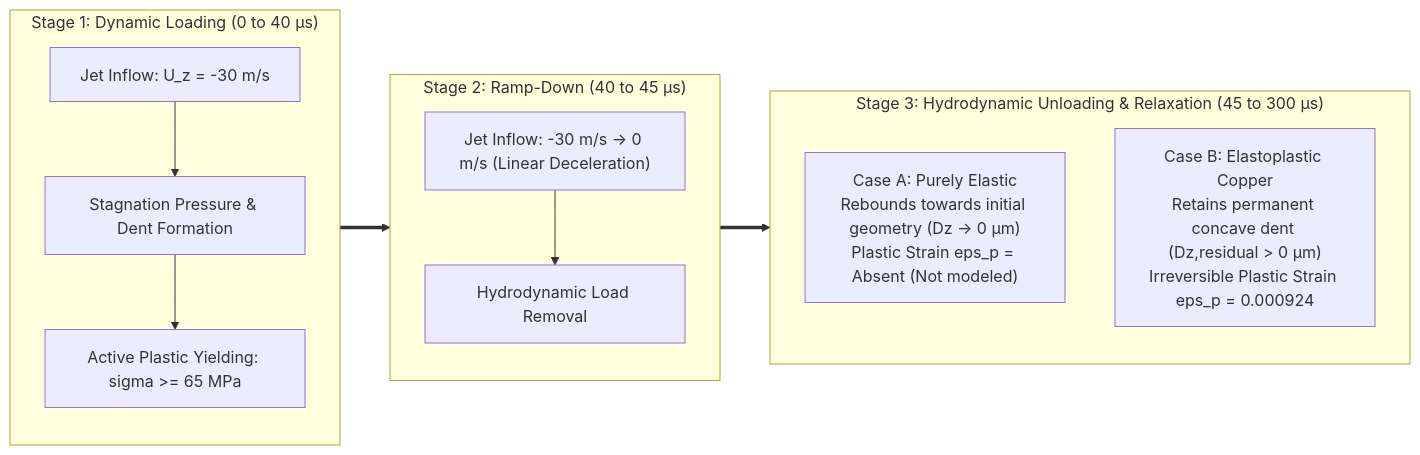
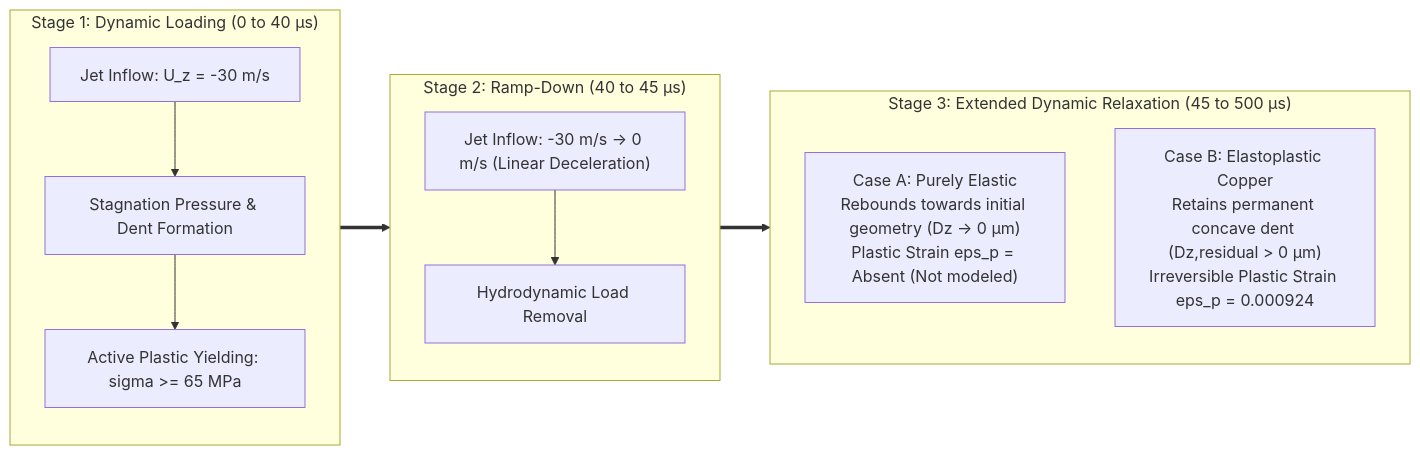
One commit to chinmay-s-patil/waterJet changed the diagram in docs/validation.md. Above: the diagram before and after it, drawn with Mermaid. The commit also changed other lines of this file and 3 other files, not shown here.

````diff
--- a/docs/validation.md
+++ b/docs/validation.md
@@ -72,25 +72,25 @@
 ```mermaid
 flowchart LR
     subgraph Stage1["Stage 1: Dynamic Loading (0 to 40 µs)"]
         direction TB
         L1["Jet Inflow: U_z = -30 m/s"]
         L2["Stagnation Pressure & Dent Formation"]
         L3["Active Plastic Yielding: sigma >= 65 MPa"]
         L1 --> L2 --> L3
     end
 
     subgraph Stage2["Stage 2: Ramp-Down (40 to 45 µs)"]
         direction TB
         R1["Jet Inflow: -30 m/s -> 0 m/s (Linear Deceleration)"]
         R2["Hydrodynamic Load Removal"]
         R1 --> R2
     end
 
-    subgraph Stage3["Stage 3: Hydrodynamic Unloading & Relaxation (45 to 300 µs)"]
+    subgraph Stage3["Stage 3: Extended Dynamic Relaxation (45 to 500 µs)"]
         direction TB
         CaseA["Case A: Purely Elastic<br/>Rebounds towards initial geometry (Dz -> 0 µm)<br/>Plastic Strain eps_p = Absent (Not modeled)"]
         CaseB["Case B: Elastoplastic Copper<br/>Retains permanent concave dent (Dz,residual > 0 µm)<br/>Irreversible Plastic Strain eps_p = 0.000924"]
     end
 
     Stage1 ==> Stage2 ==> Stage3
 ```
````
